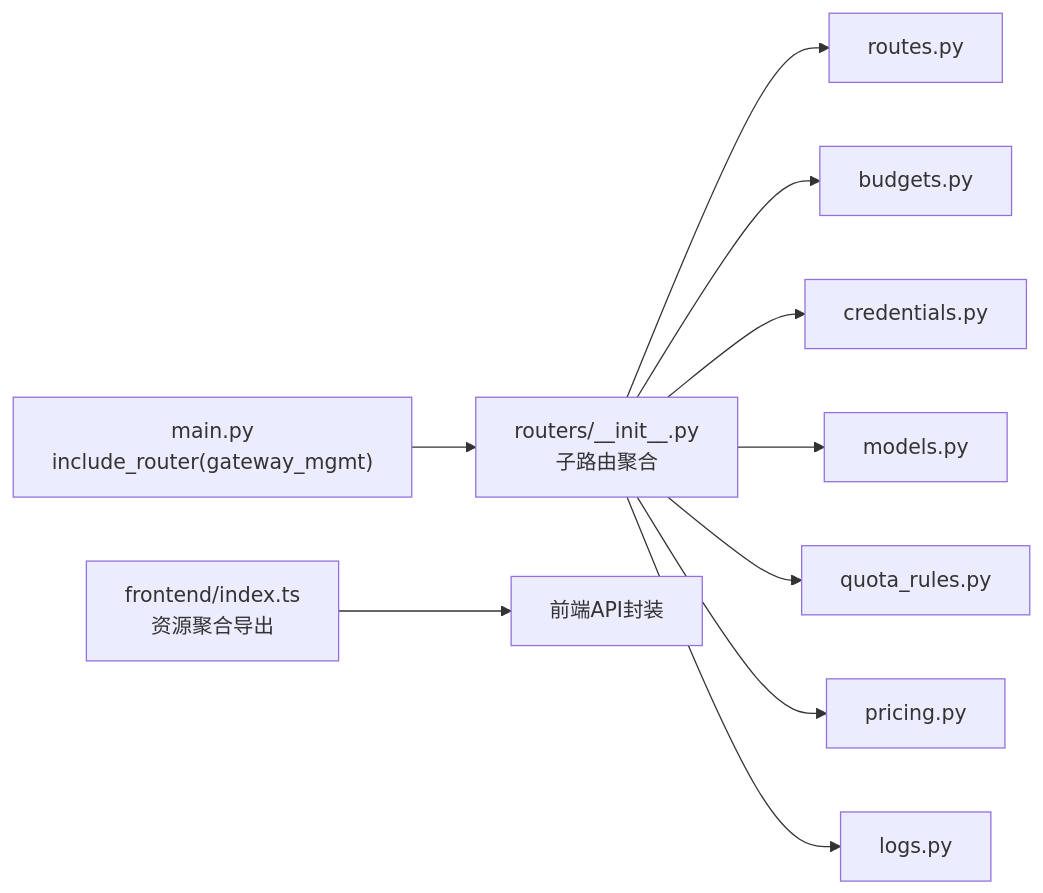
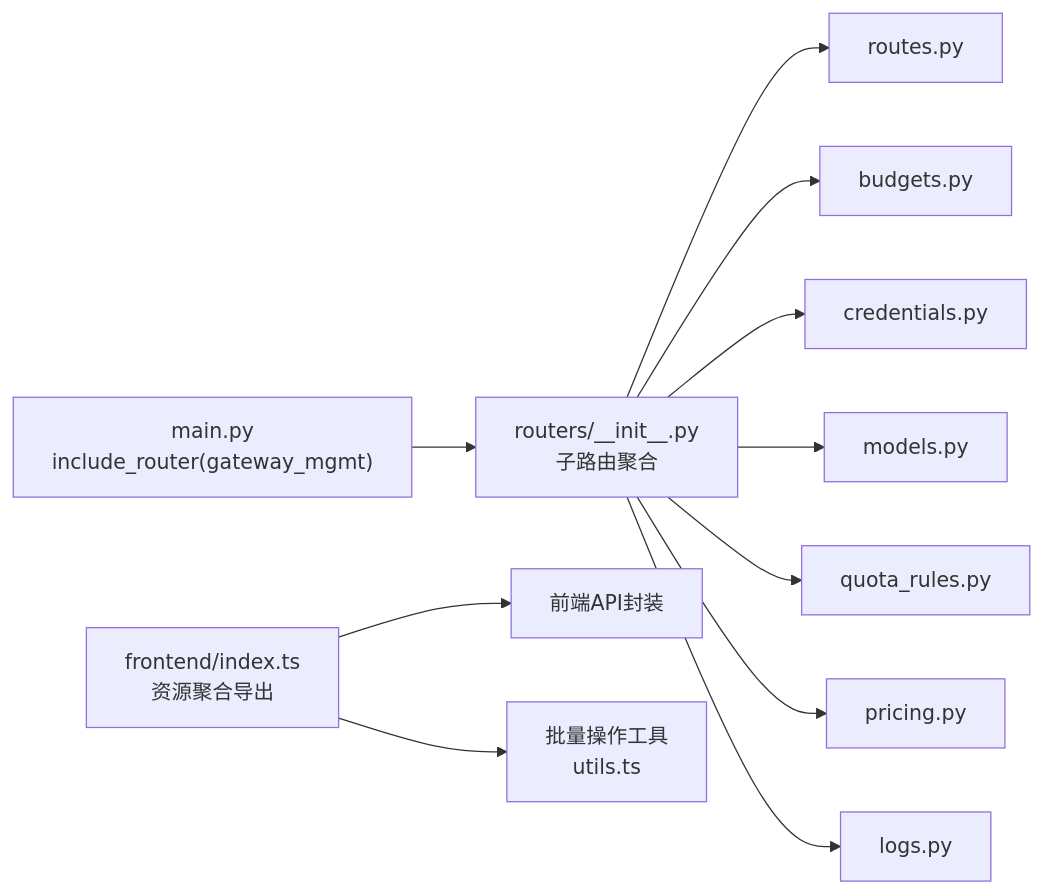
One commit to tianyehedashu/ai-agent changed diagram 12 of 13 in .qoder/repowiki/zh/content/API参考文档/REST API规范/网关API.md. Above: the diagram before and after it, drawn with Mermaid. The commit also changed other lines of this file and 46 other files, not shown here.

````diff
--- a/.qoder/repowiki/zh/content/API参考文档/REST API规范/网关API.md
+++ b/.qoder/repowiki/zh/content/API参考文档/REST API规范/网关API.md
@@ -355,12 +435,13 @@
 ```mermaid
 graph LR
 MAIN["main.py<br/>include_router(gateway_mgmt)"] --> GWR["routers/__init__.py<br/>子路由聚合"]
 GWR --> R["routes.py"]
 GWR --> B["budgets.py"]
 GWR --> C["credentials.py"]
 GWR --> M["models.py"]
 GWR --> Q["quota_rules.py"]
 GWR --> P["pricing.py"]
 GWR --> L["logs.py"]
 FEI["frontend/index.ts<br/>资源聚合导出"] --> FEAPI["前端API封装"]
+FEI --> BATCH["批量操作工具<br/>utils.ts"]
 ```
````
